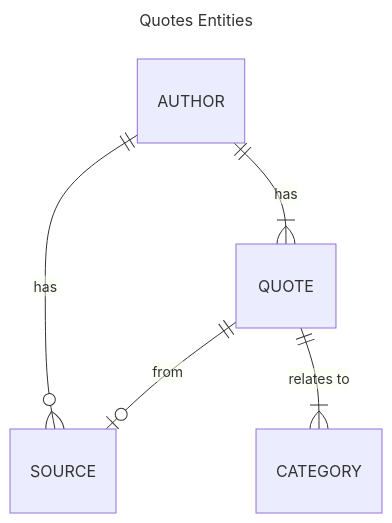
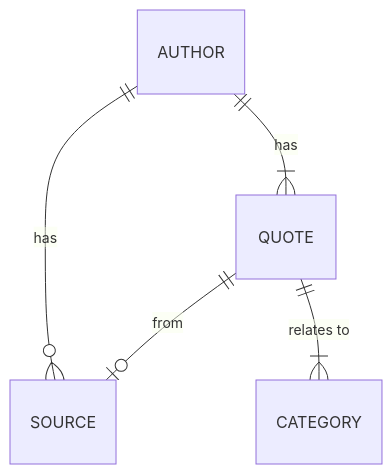
Before and after one commit to fkirchhoff/quotes.floriank.org: the diagram in README.md, drawn with Mermaid.

Commit message:
Remove title

````diff
--- a/README.md
+++ b/README.md
@@ -1,10 +1,7 @@
 ```mermaid
----
-title: Quotes Entities
----
 erDiagram
     AUTHOR one -- one or more QUOTE : has
     QUOTE one -- zero or one SOURCE : from
     AUTHOR one -- zero or more SOURCE : has
     QUOTE one -- one or more CATEGORY : "relates to"
 ```
````
